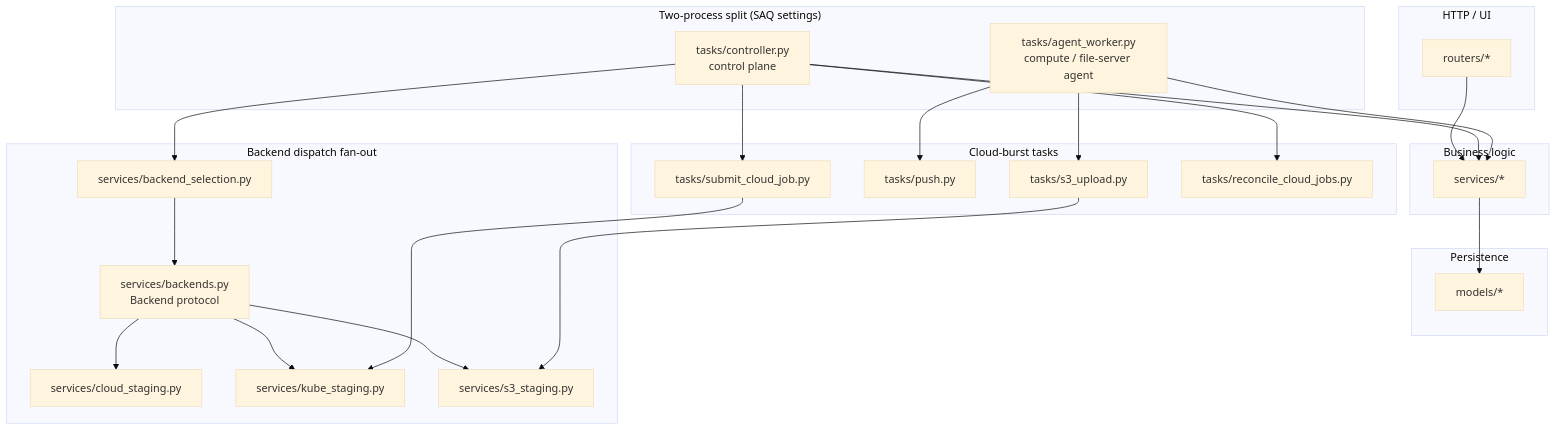
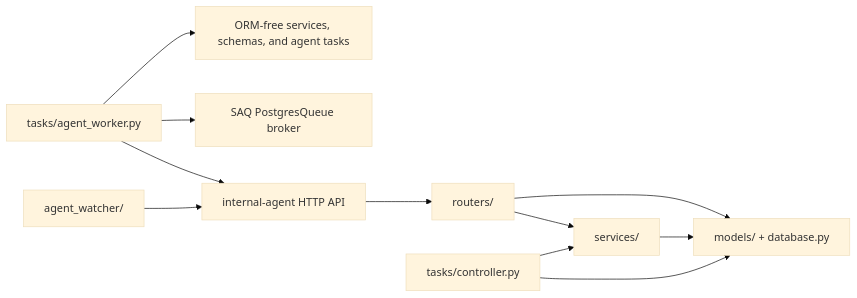
Before and after one commit to SimplicityGuy/phaze: the diagram in docs/project-structure.md, drawn with Mermaid (base theme). The commit also changed other lines of this file and 7 other files, not shown here.

Commit message:
docs(architecture): reconcile maintained system references

````diff
--- a/docs/project-structure.md
+++ b/docs/project-structure.md
@@ -329,45 +115,23 @@
 ```mermaid
-graph TD
-    subgraph edge["HTTP / UI"]
-        routers[routers/*]
-    end
-    subgraph logic["Business logic"]
-        services[services/*]
-    end
-    subgraph data["Persistence"]
-        models[models/*]
-    end
-    routers --> services --> models
-
-    subgraph procs["Two-process split (SAQ settings)"]
-        controller[tasks/controller.py<br/>control plane]
-        worker[tasks/agent_worker.py<br/>compute / file-server agent]
-    end
-    controller --> services
-    worker --> services
-
-    subgraph dispatch["Backend dispatch fan-out"]
-        sel[services/backend_selection.py]
-        be[services/backends.py<br/>Backend protocol]
-        cloud[services/cloud_staging.py]
-        kube[services/kube_staging.py]
-        s3[services/s3_staging.py]
-    end
-    controller --> sel --> be
-    be --> cloud
-    be --> kube
-    be --> s3
-
-    subgraph ctasks["Cloud-burst tasks"]
-        submit[tasks/submit_cloud_job.py]
-        push[tasks/push.py]
-        upload[tasks/s3_upload.py]
-        reconcile[tasks/reconcile_cloud_jobs.py]
-    end
-    controller --> submit
-    controller --> reconcile
-    worker --> push
-    worker --> upload
-    submit --> kube
-    upload --> s3
+flowchart LR
+    %% evidence: src/phaze/routers/record.py; src/phaze/services/analysis_timeline.py
+    routers["routers/"] --> services["services/"]
+    %% evidence: src/phaze/routers/record.py; src/phaze/models/set_profile.py
+    routers --> models["models/ + database.py"]
+    %% evidence: src/phaze/services/set_projection_backfill.py; src/phaze/models/set_profile.py
+    services --> models
+    %% evidence: src/phaze/tasks/controller.py; src/phaze/services/agent_task_router.py
+    controller["tasks/controller.py"] --> services
+    %% evidence: src/phaze/tasks/controller.py; src/phaze/database.py
+    controller --> models
+    %% evidence: src/phaze/tasks/agent_worker.py; src/phaze/services/enqueue_router.py
+    agent["tasks/agent_worker.py"] --> shared["ORM-free services, schemas, and agent tasks"]
+    %% evidence: src/phaze/tasks/agent_worker.py; src/phaze/tasks/_shared/queue_factory.py
+    agent --> broker["SAQ PostgresQueue broker"]
+    %% evidence: src/phaze/tasks/functions.py; src/phaze/services/agent_client.py
+    agent --> internal["internal-agent HTTP API"]
+    %% evidence: src/phaze/agent_watcher/poster.py; src/phaze/services/agent_client.py
+    watcher["agent_watcher/"] --> internal
+    %% evidence: src/phaze/main.py; src/phaze/routers/agent_analysis.py
+    internal --> routers
 ```
````
